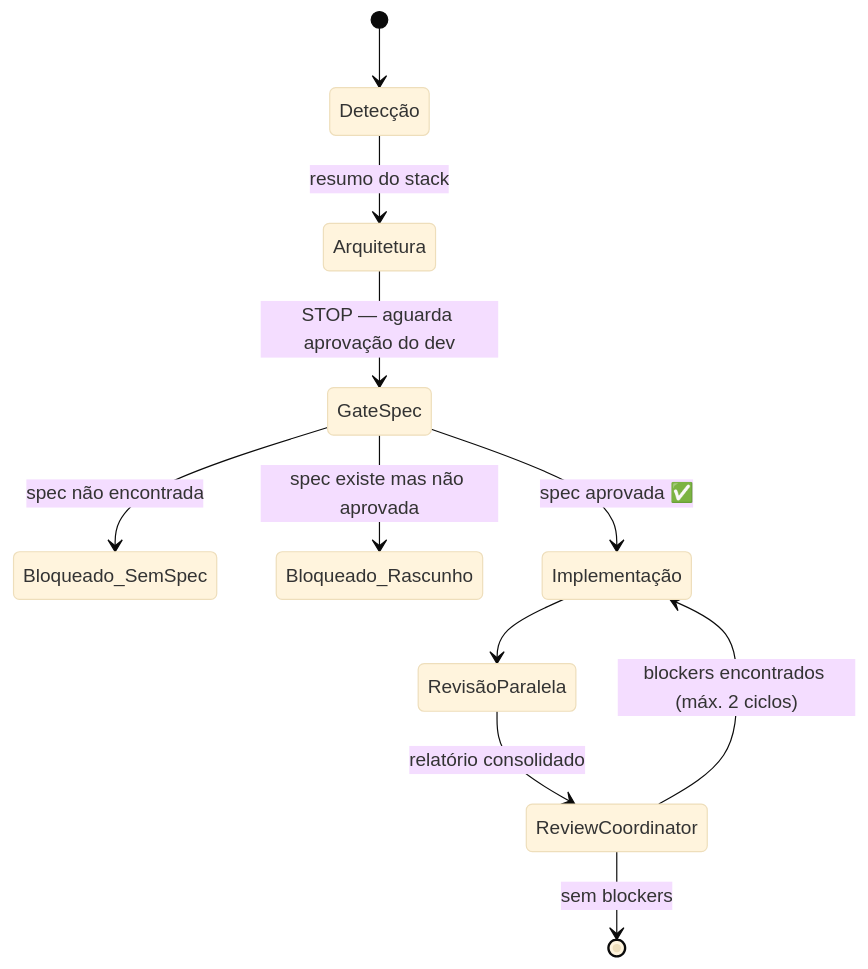
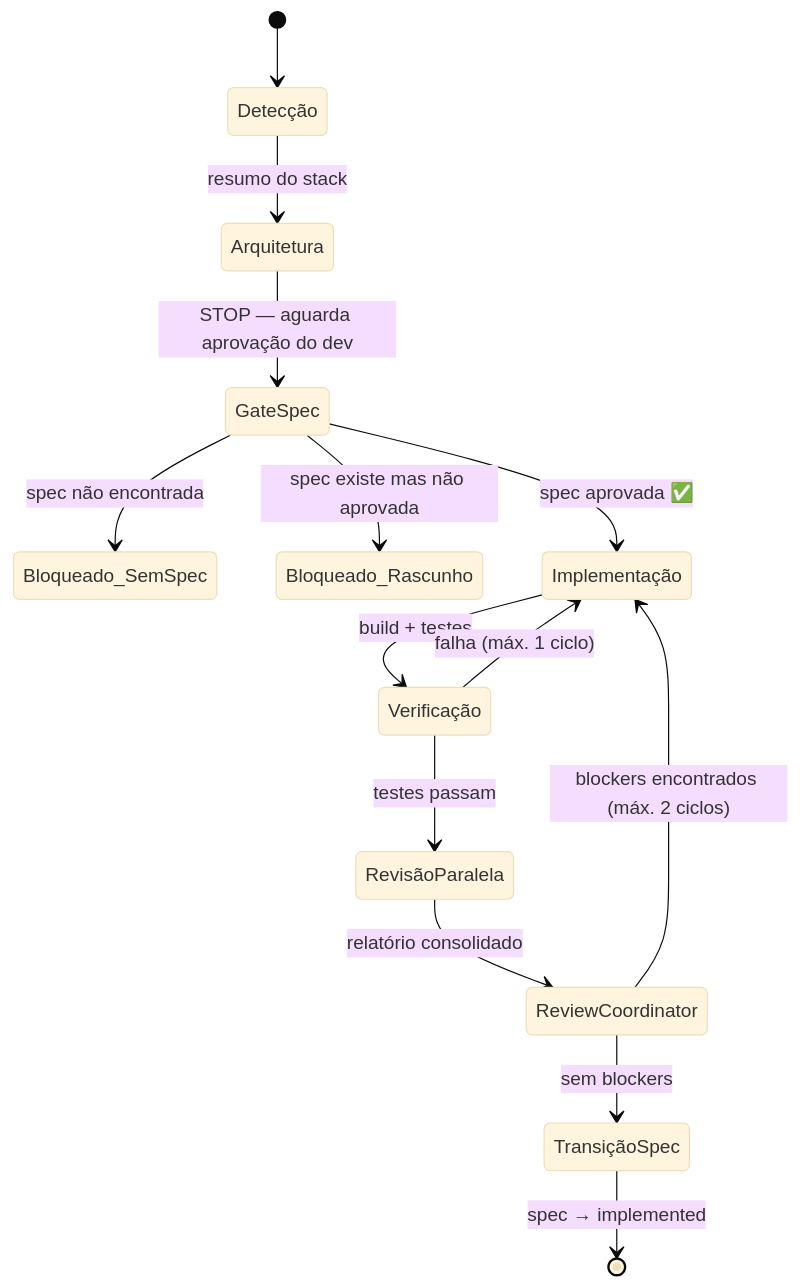
One commit to Leock9/engineer-workflow-claude changed the second of 2 diagrams in README.md. Above: the diagram before and after it, drawn with Mermaid (base theme). The commit also changed other lines of this file and 1 other file, not shown here.

Commit message:
docs: update architecture and commands sections to reflect new agent and command counts

````diff
--- a/README.md
+++ b/README.md
@@ -64,15 +67,18 @@
 ```mermaid
 stateDiagram-v2
     [*] --> Detecção
     Detecção --> Arquitetura: resumo do stack
     Arquitetura --> GateSpec: STOP — aguarda aprovação do dev
 
     GateSpec --> Bloqueado_SemSpec: spec não encontrada
     GateSpec --> Bloqueado_Rascunho: spec existe mas não aprovada
     GateSpec --> Implementação: spec aprovada ✅
 
-    Implementação --> RevisãoParalela
+    Implementação --> Verificação: build + testes
+    Verificação --> Implementação: falha (máx. 1 ciclo)
+    Verificação --> RevisãoParalela: testes passam
     RevisãoParalela --> ReviewCoordinator: relatório consolidado
     ReviewCoordinator --> Implementação: blockers encontrados (máx. 2 ciclos)
-    ReviewCoordinator --> [*]: sem blockers
+    ReviewCoordinator --> TransiçãoSpec: sem blockers
+    TransiçãoSpec --> [*]: spec → implemented
 ```
````
